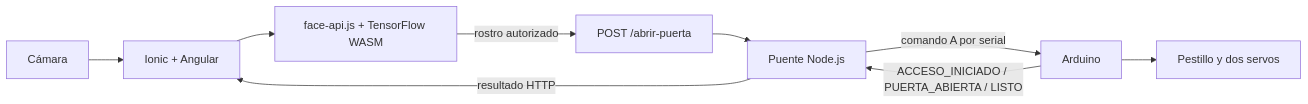
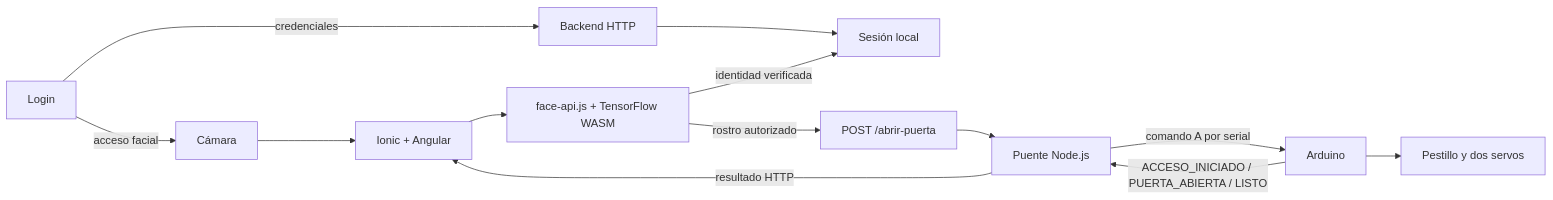
Before and after one commit to VictorEscalera/Facial: the diagram in README.md, drawn with Mermaid. The commit also changed other lines of this file and 13 other files, not shown here.

````diff
--- a/README.md
+++ b/README.md
@@ -40,11 +47,15 @@
 ```mermaid
 flowchart LR
-    A[Cámara] --> B[Ionic + Angular]
+    L[Login] -->|credenciales| H[Backend HTTP]
+    L -->|acceso facial| A[Cámara]
+    H --> S[Sesión local]
+    A --> B[Ionic + Angular]
     B --> C[face-api.js + TensorFlow WASM]
+    C -->|identidad verificada| S
     C -->|rostro autorizado| D[POST /abrir-puerta]
     D --> E[Puente Node.js]
     E -->|comando A por serial| F[Arduino]
     F --> G[Pestillo y dos servos]
     F -->|ACCESO_INICIADO / PUERTA_ABIERTA / LISTO| E
     E -->|resultado HTTP| B
 ```
````
